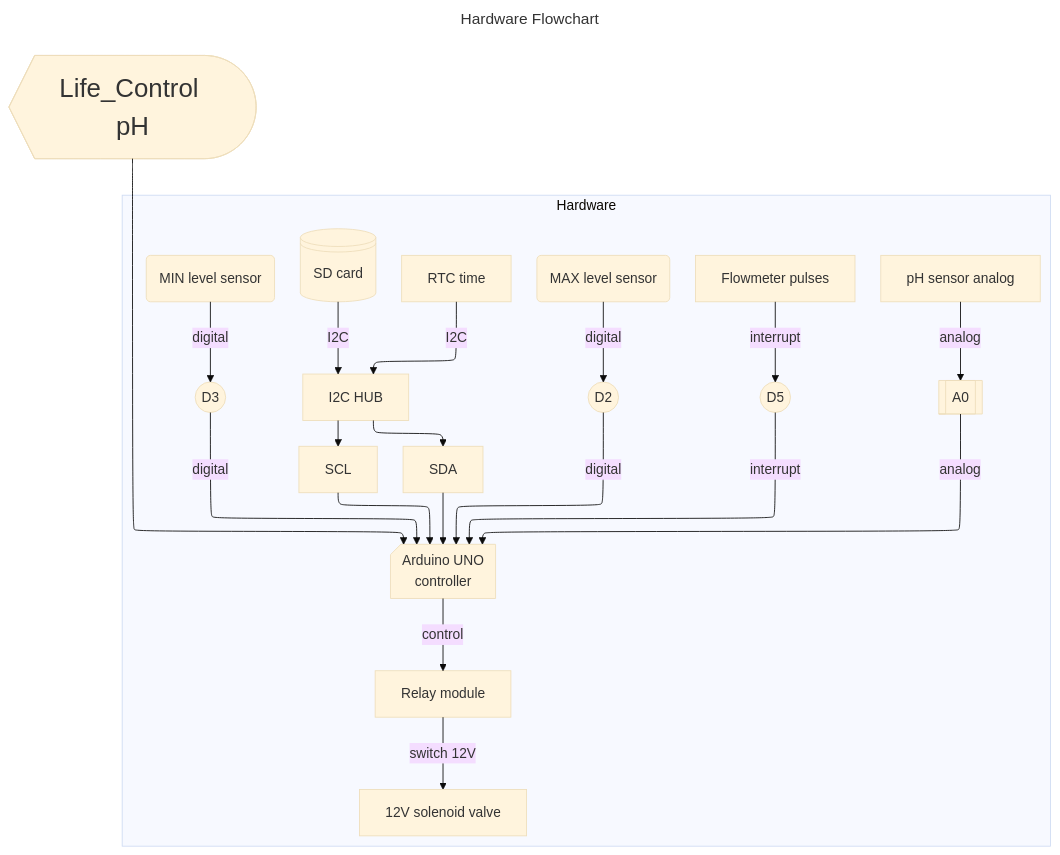
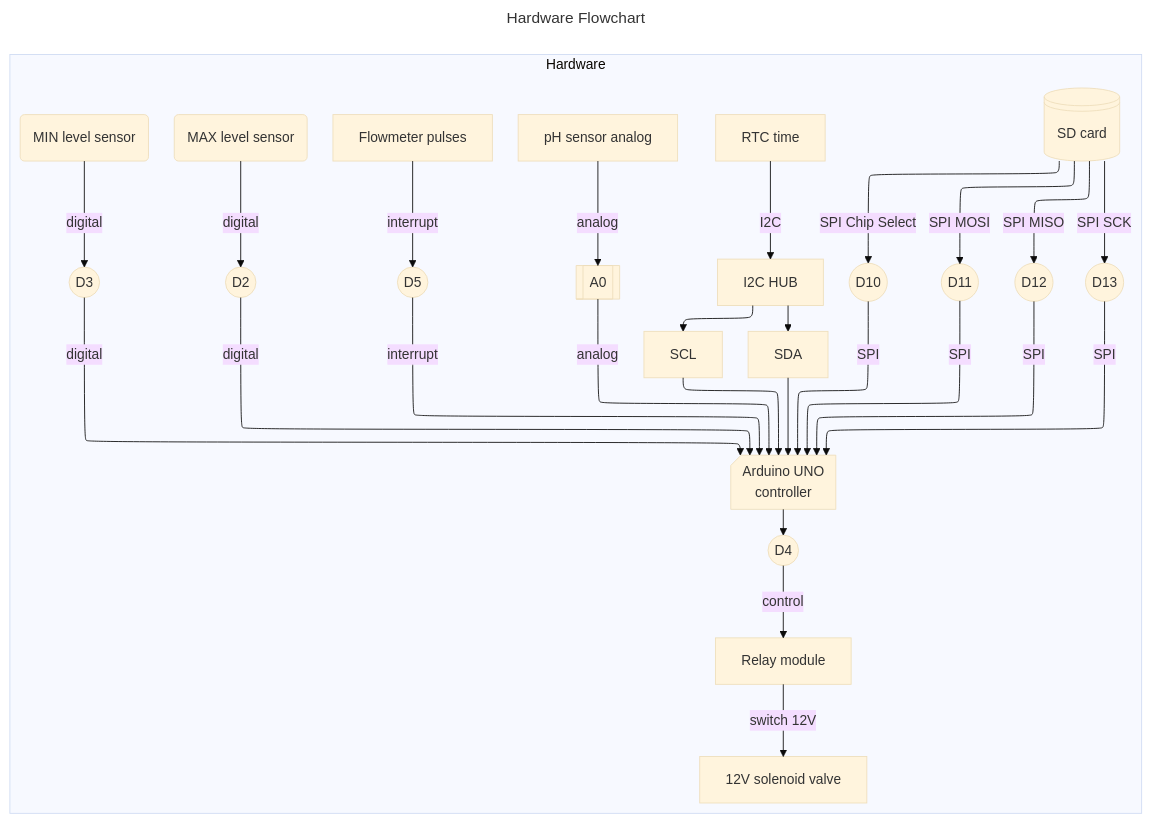
Before and after one commit to Mvil34998/Colant-automation: the diagram in Documentation/Coolant_Hardware_ultra.mmd, drawn with Mermaid (base theme). The commit also changed other lines of this file and 81 other files, not shown here.

```diff
--- a/Documentation/Coolant_Hardware_ultra.mmd
+++ b/Documentation/Coolant_Hardware_ultra.mmd
@@ -1,65 +1,70 @@
 ---
 title: Hardware Flowchart
 config:
   layout: elk
   elk:
     mergeEdges: true
     nodePlacementStrategy: LINEAR_SEGMENTS
 ---
 
 flowchart
 %%Analog in
     A0[[A0]]
     %%A1[[A1]]
     %%A2[[A2]]
     %%A3[[A3]]
     %%A4[[A4]]
     %%A5[[A5]]
 %%Digital in
     %%D1((D1))
     D2((D2))
     D3((D3))
-    %%D4((D4))
+    D4((D4))
     D5((D5))
     %%D6((D6))
     %%D7((D7))
     %%D8((D8))
     %%D9((D9))
-    %%D10((D10))
-    %%D11((D11))
-    %%D12((D12))
+    D10((D10))
+    D11((D11))
+    D12((D12))
+    D13((D13))
     SDA[SDA]
     SCL[SCL]
 MCU@{shape: card ,label: "Arduino UNO\ncontroller"}
 HWMIN@{shape: event ,label: "MIN level sensor"}
 HWMAX@{shape: event ,label: "MAX level sensor"}
 HWSD@{shape: disk ,label: "SD card"}
 HWFLOW@{shape: ,label: "Flowmeter pulses"}
 HWPH@{shape: ,label: "pH sensor analog"}
 HWRTC@{shape: ,label: "RTC time"}
 I2C@{shape: ,label: "I2C HUB"}
 HWRELAY@{shape: ,label: "Relay module"}
 HWVALVE@{shape: ,label: "12V solenoid valve"}
 subgraph Hardware
         HWMIN -->|digital| D3
         D3-->|digital| MCU
         HWMAX -->|digital| D2
         D2 -->|digital| MCU
         HWFLOW -->|interrupt| D5
         D5 -->|interrupt| MCU
         HWPH -->|analog| A0
         A0 -->|analog| MCU
         HWRTC -->|I2C|I2C
-        HWSD -->|I2C| I2C
+        HWSD -->|SPI Chip Select| D10
+        HWSD -->|SPI MOSI| D11
+        HWSD -->|SPI MISO| D12
+        HWSD -->|SPI SCK| D13
+        D10 -->|SPI| MCU
+        D11 -->|SPI| MCU
+        D12 -->|SPI| MCU
+        D13 -->|SPI| MCU
         
-        MCU -->|control| HWRELAY
+        MCU -->D4
+        D4 -->|control|HWRELAY
         HWRELAY -->|switch 12V| HWVALVE
         I2C --> SDA
         I2C --> SCL
         SDA --> MCU
         SCL --> MCU
     end
-classDef big font-size:30px;
-LG7@{shape: curv-trap ,label: "Life_Control pH"} 
-    class LG7 big;
-    LG7 --> MCU
```
